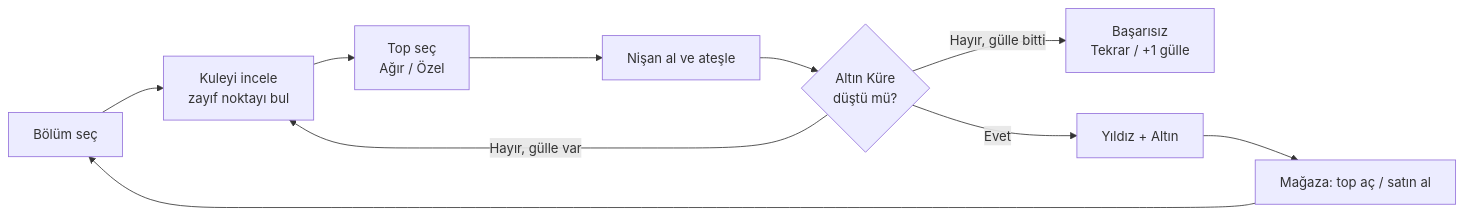
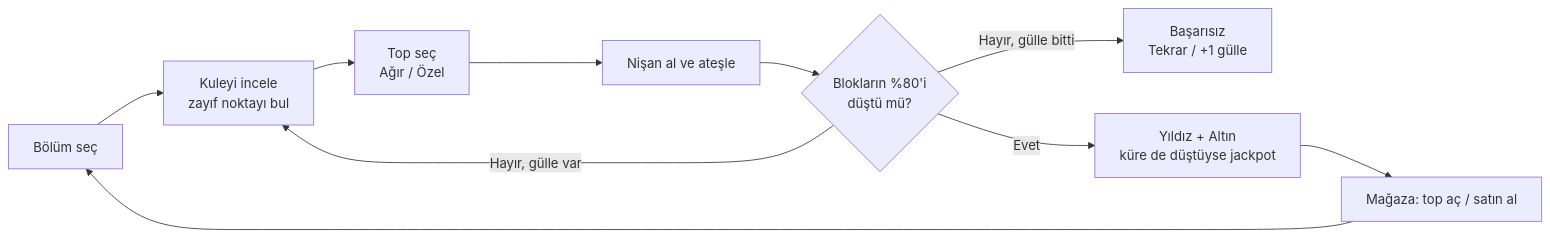
One commit to SenaAkyuz/gulleOyunu changed the first of 2 diagrams in docs/01_OYUN_TASARIMI_GDD.md. Above: the diagram before and after it, drawn with Mermaid. The commit also changed other lines of this file and 14 other files, not shown here.

````diff
--- a/docs/01_OYUN_TASARIMI_GDD.md
+++ b/docs/01_OYUN_TASARIMI_GDD.md
@@ -22,12 +22,12 @@
 ```mermaid
 flowchart LR
   A[Bölüm seç] --> B[Kuleyi incele<br/>zayıf noktayı bul]
   B --> C[Top seç<br/>Ağır / Özel]
   C --> D[Nişan al ve ateşle]
-  D --> E{Altın Küre<br/>düştü mü?}
+  D --> E{Blokların %80'i<br/>düştü mü?}
   E -- Hayır, gülle var --> B
   E -- Hayır, gülle bitti --> F[Başarısız<br/>Tekrar / +1 gülle]
-  E -- Evet --> G[Yıldız + Altın]
+  E -- Evet --> G[Yıldız + Altın<br/>küre de düştüyse jackpot]
   G --> H[Mağaza: top aç / satın al]
   H --> A
 ```
````
